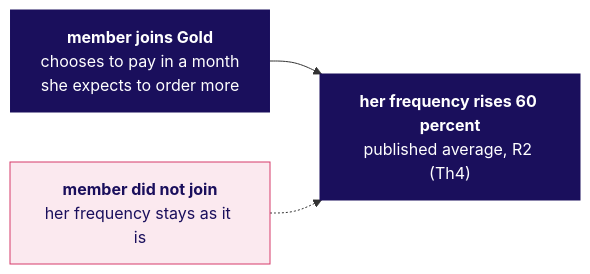
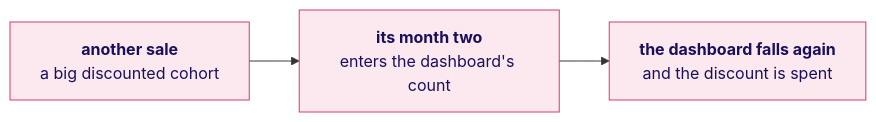
One commit to fde-academy-lab/c2-content-factory changed the first of 3 diagrams in content/W04/D4/slides/C2_W04_D04_half2_STUDENT.md. Above: the diagram before and after it, drawn with Mermaid. The commit also changed other lines of this file and 43 other files, not shown here.

````diff
--- a/content/W04/D4/slides/C2_W04_D04_half2_STUDENT.md
+++ b/content/W04/D4/slides/C2_W04_D04_half2_STUDENT.md
@@ -45,9 +86,7 @@
 ```mermaid
 flowchart LR
-    A["<b>member joins Gold</b><br/>chooses to pay in a month<br/>she expects to order more"] --> B["<b>her frequency rises 60 percent</b><br/>published average, R2 (Th4)"]
-    C["<b>member did not join</b><br/>her frequency stays as it is"] -.-> B
-    classDef bet fill:#1A0F5C,stroke:#1A0F5C,color:#FFFFFF
+    A["<b>another sale</b><br/>a big discounted cohort"] --> B["<b>its month two</b><br/>enters the dashboard's count"]
+    B --> C["<b>the dashboard falls again</b><br/>and the discount is spent"]
     classDef bad fill:#FBE9EF,stroke:#D63A6A,color:#1A0F5C
-    class A,B bet
-    class C bad
+    class A,B,C bad
 ```
````
